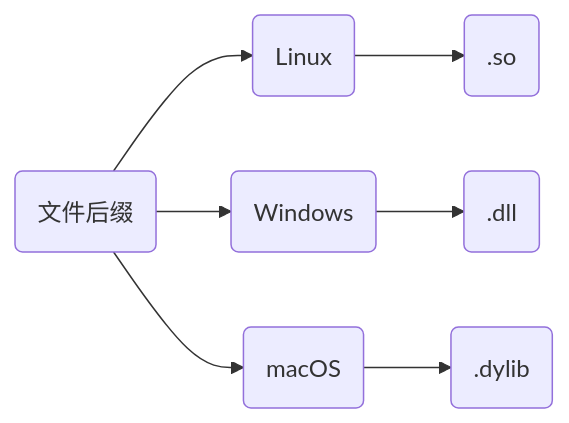
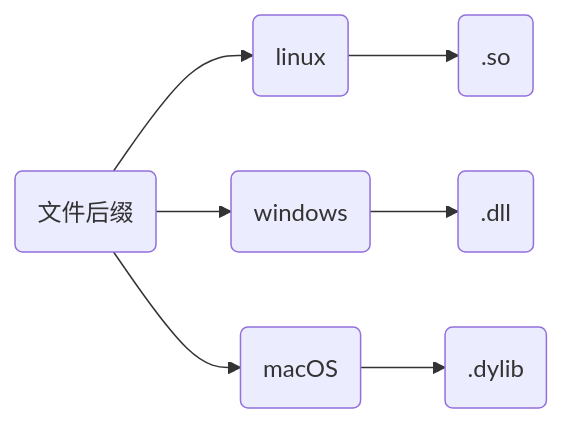
Before and after one commit to dmjcb/dmjcb.github.io: the first of 3 diagrams in _posts/language/c_c++/library/2023-02-28-动态库.md, drawn with Mermaid. The commit also changed 28 other files, not shown here.

````diff
--- a/_posts/language/c_c++/library/2023-02-28-动态库.md
+++ b/_posts/language/c_c++/library/2023-02-28-动态库.md
@@ -17,7 +17,7 @@
 ```mermaid
 graph LR;
     X(文件后缀)
-    X-->A(Linux)-->A1(.so)
-    X-->B(Windows)-->B1(.dll)
+    X-->A(linux)-->A1(.so)
+    X-->B(windows)-->B1(.dll)
     X-->C(macOS)-->C1(.dylib)
 ```
````
